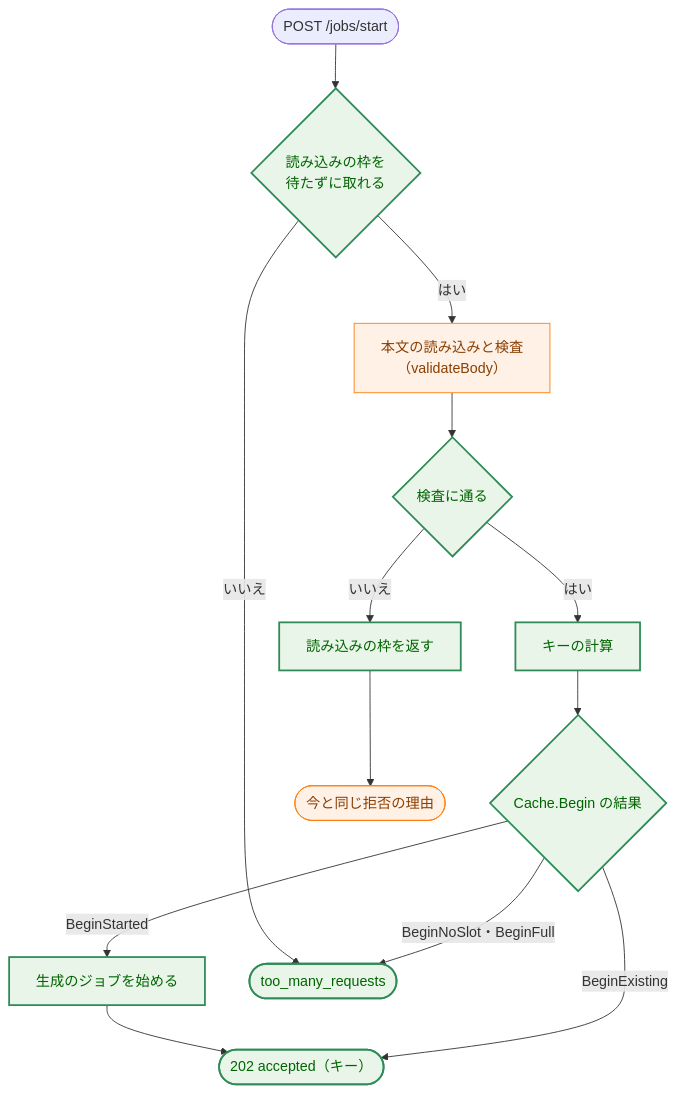
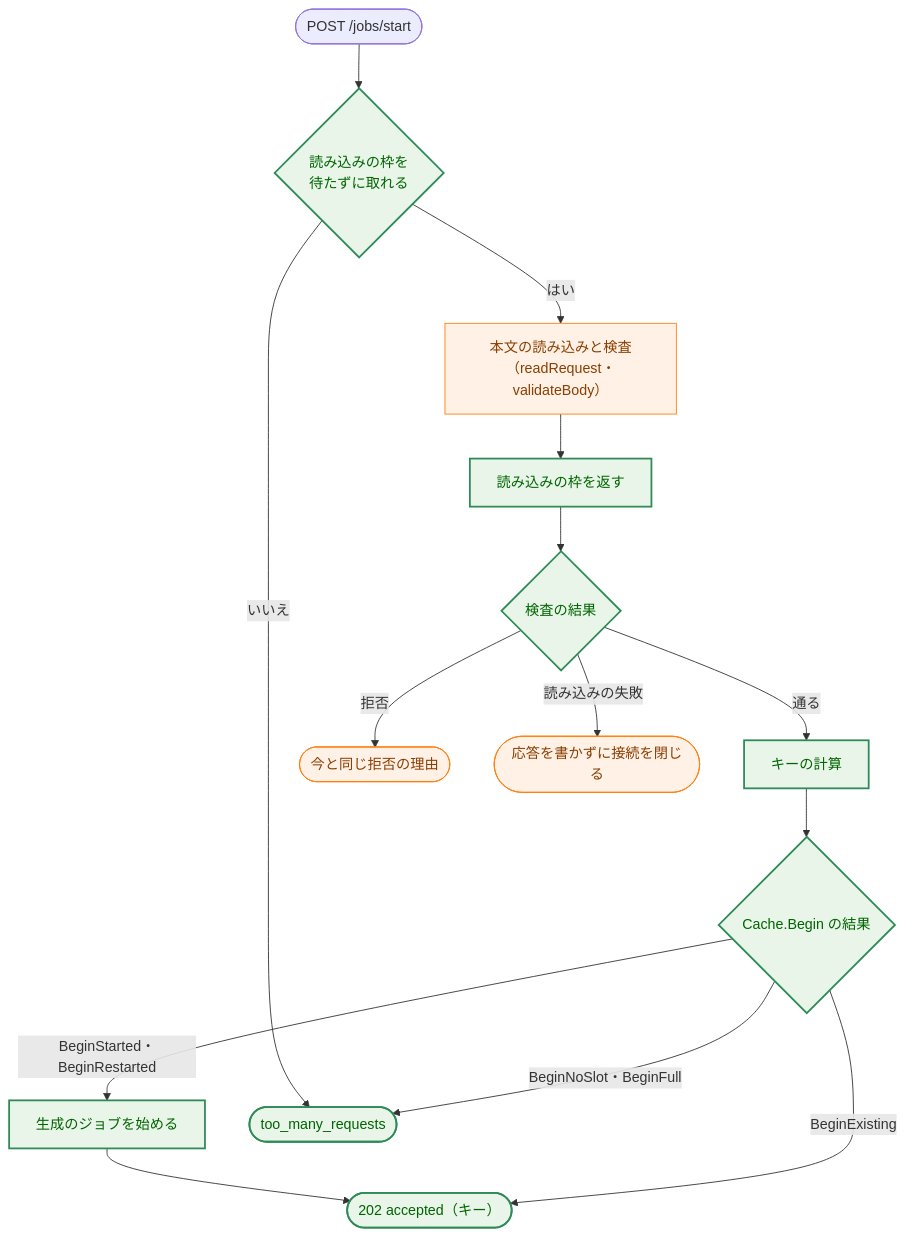
One commit to isseis/yt2column changed diagram 12 of 15 in docs/tasks/0044_article_job_api/02_architecture.md. Above: the diagram before and after it, drawn with Mermaid. The commit also changed other lines of this file and 1 other file, not shown here.

````diff
--- a/docs/tasks/0044_article_job_api/02_architecture.md
+++ b/docs/tasks/0044_article_job_api/02_architecture.md
@@ -1275,33 +1373,35 @@
 ```mermaid
 flowchart TD
     classDef process fill:#fff1e6,stroke:#ff7f0e,stroke-width:1px,color:#8a3e00;
     classDef enhanced fill:#e8f5e8,stroke:#2e8b57,stroke-width:2px,color:#006400;
 
     REQ(["POST /jobs/start"])
     READSLOT{"読み込みの枠を<br>待たずに取れる"}
-    READ["本文の読み込みと検査<br>（validateBody）"]
-    VALID{"検査に通る"}
+    READ["本文の読み込みと検査<br>（readRequest・validateBody）"]
     REL["読み込みの枠を返す"]
+    VALID{"検査の結果"}
     KEY["キーの計算"]
     BEGIN{"Cache.Begin の結果"}
     START["生成のジョブを始める"]
     ACC(["202 accepted（キー）"])
     TMR(["too_many_requests"])
     REJ(["今と同じ拒否の理由"])
+    ABORT(["応答を書かずに接続を閉じる"])
 
     REQ --> READSLOT
     READSLOT -->|"いいえ"| TMR
     READSLOT -->|"はい"| READ
-    READ --> VALID
-    VALID -->|"いいえ"| REL
-    REL --> REJ
-    VALID -->|"はい"| KEY
+    READ --> REL
+    REL --> VALID
+    VALID -->|"読み込みの失敗"| ABORT
+    VALID -->|"拒否"| REJ
+    VALID -->|"通る"| KEY
     KEY --> BEGIN
-    BEGIN -->|"BeginStarted"| START
+    BEGIN -->|"BeginStarted・BeginRestarted"| START
     START --> ACC
     BEGIN -->|"BeginExisting"| ACC
     BEGIN -->|"BeginNoSlot・BeginFull"| TMR
 
-    class READ,REJ process
-    class READSLOT,VALID,REL,KEY,BEGIN,START,ACC,TMR enhanced
+    class READ,REJ,ABORT process
+    class READSLOT,REL,VALID,KEY,BEGIN,START,ACC,TMR enhanced
 ```
````
